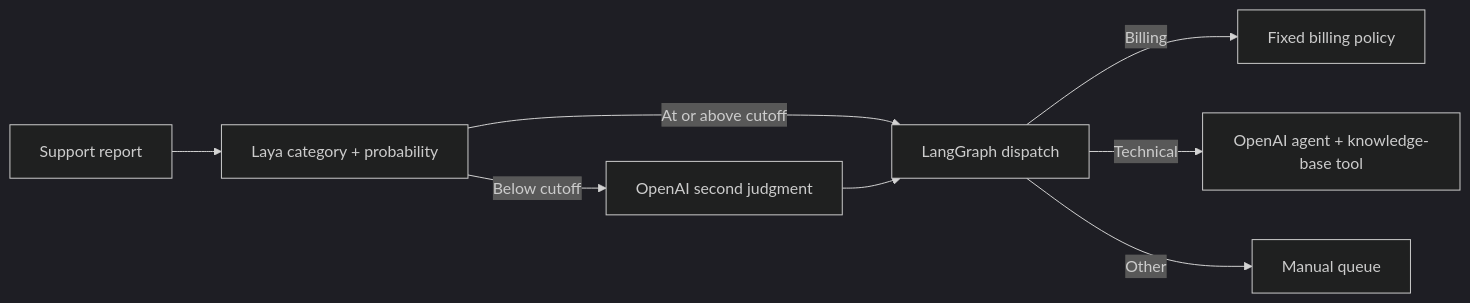
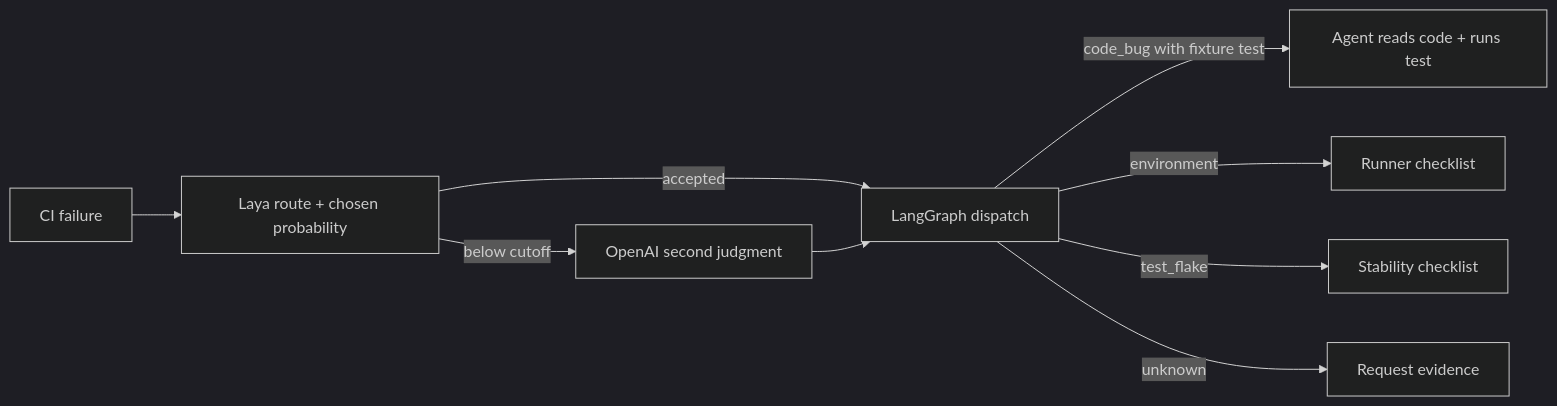
One commit to natenberenstein/systemone changed the diagram in README.md. Above: the diagram before and after it, drawn with Mermaid (dark theme). The commit also changed other lines of this file and 15 other files, not shown here.

Commit message:
Add coding-agent comparison and remote Laya batch adapter

````diff
--- a/README.md
+++ b/README.md
@@ -7,10 +7,11 @@
 ```mermaid
 flowchart LR
-  Q[Support report] --> L[Laya category + probability]
-  L -->|Below cutoff| F[OpenAI second judgment]
-  L -->|At or above cutoff| D[LangGraph dispatch]
+  CI[CI failure] --> L[Laya route + chosen probability]
+  L -->|below cutoff| F[OpenAI second judgment]
+  L -->|accepted| D[LangGraph dispatch]
   F --> D
-  D -->|Billing| B[Fixed billing policy]
-  D -->|Technical| A[OpenAI agent + knowledge-base tool]
-  D -->|Other| M[Manual queue]
+  D -->|code_bug with fixture test| A[Agent reads code + runs test]
+  D -->|environment| E[Runner checklist]
+  D -->|test_flake| T[Stability checklist]
+  D -->|unknown| U[Request evidence]
 ```
````
